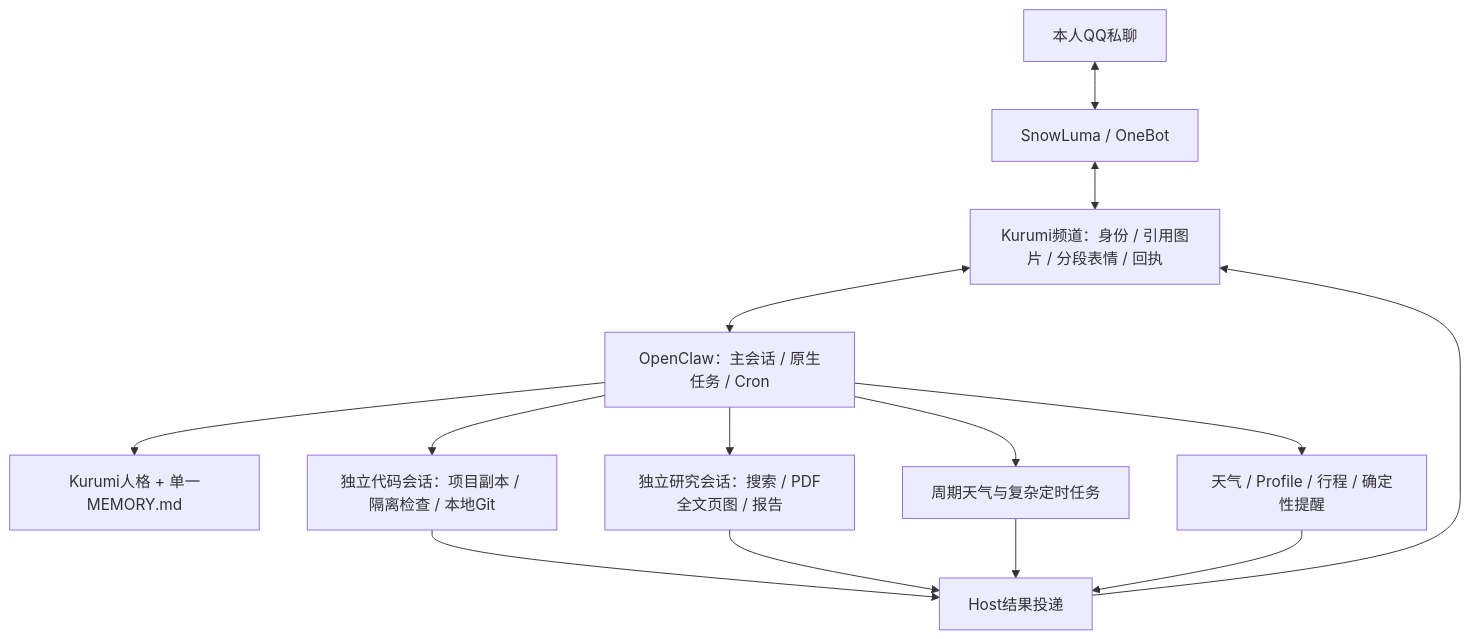
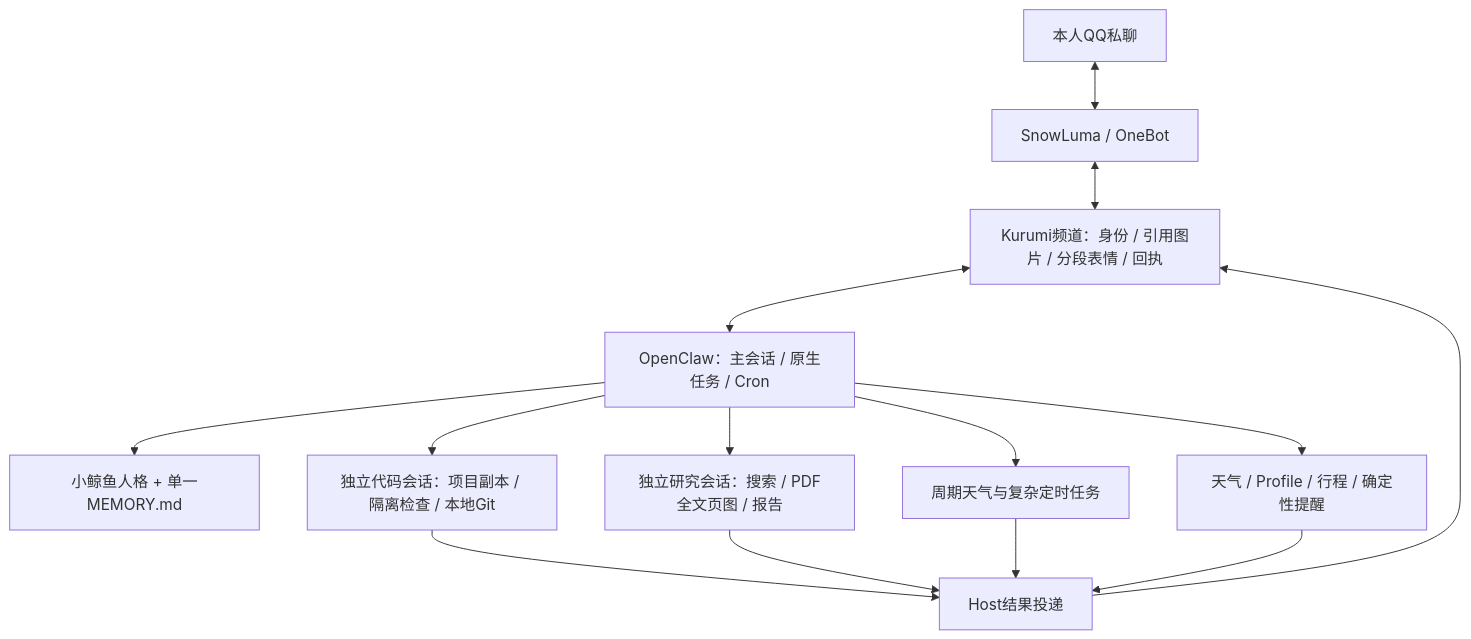
The diagram in docs/9_QQ融合助手架构与开发计划.md (zsh-afrangry/MyBot), drawn with Mermaid before and after one commit. The commit also changed other lines of this file and 9 other files, not shown here.

````diff
--- a/docs/9_QQ融合助手架构与开发计划.md
+++ b/docs/9_QQ融合助手架构与开发计划.md
@@ -27,16 +27,16 @@
 ```mermaid
 flowchart TD
   Q[本人QQ私聊] <--> S[SnowLuma / OneBot]
   S <--> C[Kurumi频道：身份 / 引用图片 / 分段表情 / 回执]
   C <--> O[OpenClaw：主会话 / 原生任务 / Cron]
-  O --> P[Kurumi人格 + 单一MEMORY.md]
+  O --> P[小鲸鱼人格 + 单一MEMORY.md]
   O --> B[天气 / Profile / 行程 / 确定性提醒]
   O --> W[独立代码会话：项目副本 / 隔离检查 / 本地Git]
   O --> R[独立研究会话：搜索 / PDF全文页图 / 报告]
   O --> T[周期天气与复杂定时任务]
   W --> D[Host结果投递]
   R --> D
   T --> D
   B --> D
   D --> C
 ```
````
